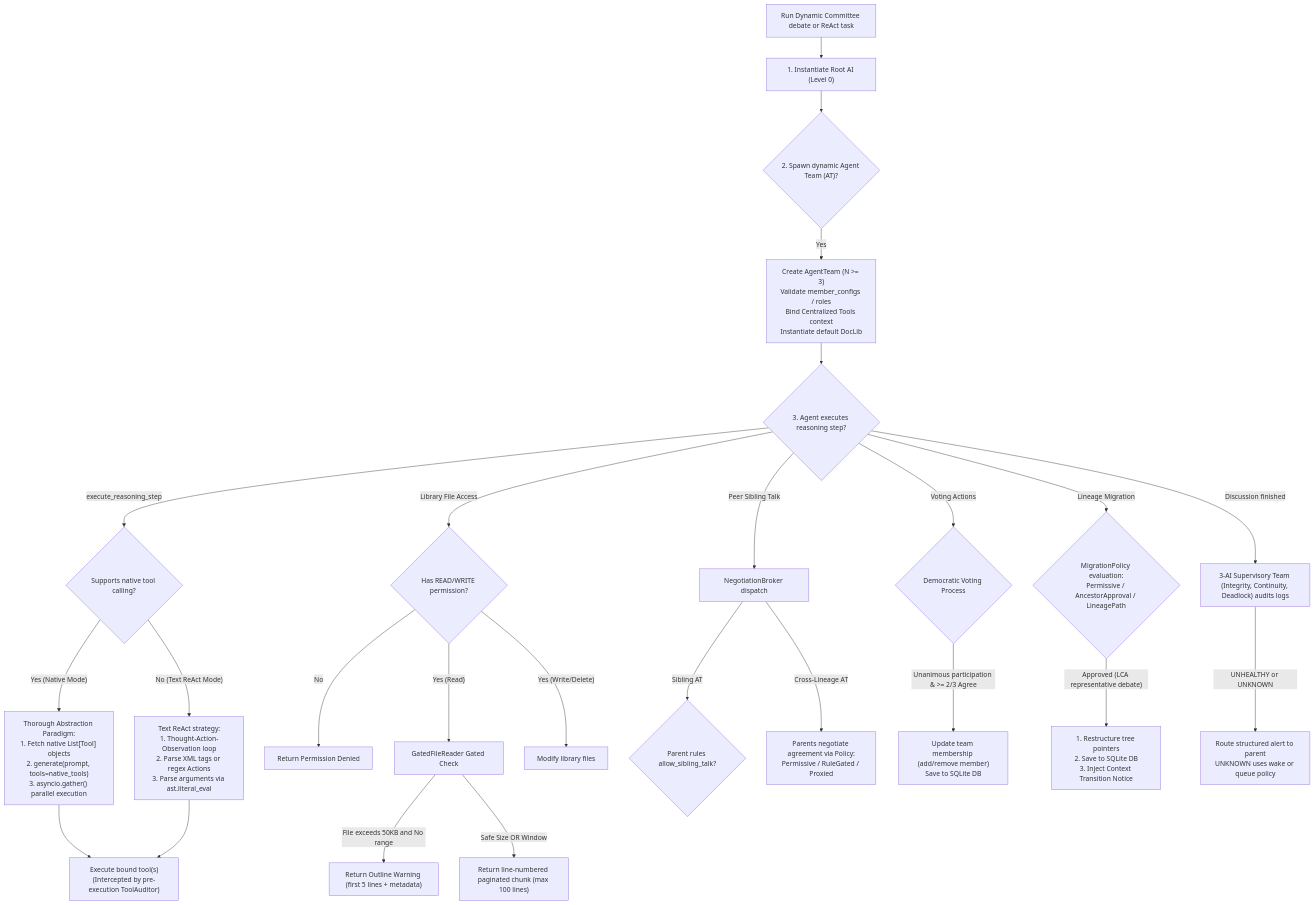
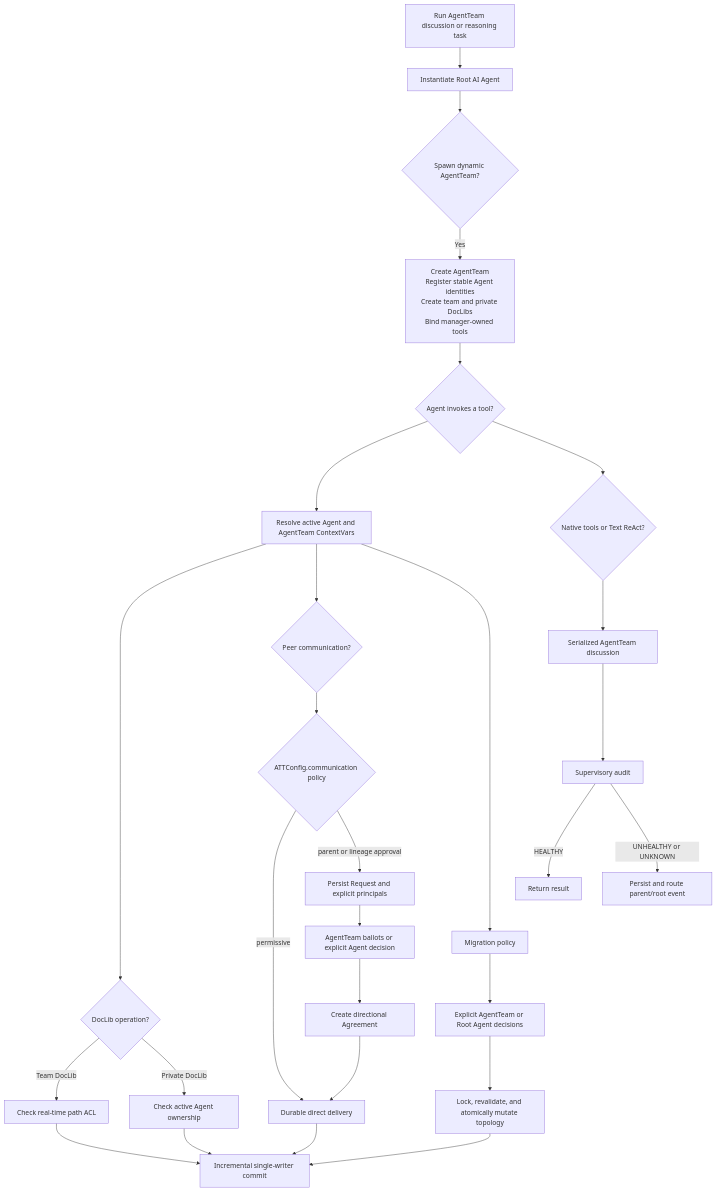
One commit to AI-Team-Team/AI-Team-Team changed the diagram in docs/flowcharts/README.md. Above: the diagram before and after it, drawn with Mermaid. The commit also changed other lines of this file and 32 other files, not shown here.

````diff
--- a/docs/flowcharts/README.md
+++ b/docs/flowcharts/README.md
@@ -23,38 +18,30 @@
 ```mermaid
 flowchart TD
-    Task["Run Dynamic Committee debate or ReAct task"] --> RootNode["1. Instantiate Root AI (Level 0)"]
-    
-    RootNode --> Spawning{"2. Spawn dynamic Agent Team (AT)?"}
-    Spawning -- "Yes" --> SpawningCheck["Create AgentTeam (N >= 3)\nValidate member_configs / roles\nBind Centralized Tools context\nInstantiate default DocLib"]
-    
-    SpawningCheck --> ToolCall{"3. Agent executes reasoning step?"}
-    
-    ToolCall -- "execute_reasoning_step" --> StrategyCheck{"Supports native tool calling?"}
-    
-    StrategyCheck -- "Yes (Native Mode)" --> NativeStrategy["Thorough Abstraction Paradigm:<br/>1. Fetch native List[Tool] objects<br/>2. generate(prompt, tools=native_tools)<br/>3. asyncio.gather() parallel execution"]
-    StrategyCheck -- "No (Text ReAct Mode)" --> TextReAct["Text ReAct strategy:<br/>1. Thought-Action-Observation loop<br/>2. Parse XML tags or regex Actions<br/>3. Parse arguments via ast.literal_eval"]
-    
-    NativeStrategy --> ExecTool["Execute bound tool(s)<br/>(Intercepted by pre-execution ToolAuditor)"]
-    TextReAct --> ExecTool
-    
-    ToolCall -- "Library File Access" --> DocLibPermission{"Has READ/WRITE permission?"}
-    DocLibPermission -- "No" --> Denied["Return Permission Denied"]
-    DocLibPermission -- "Yes (Read)" --> GatedFileReader["GatedFileReader Gated Check"]
-    DocLibPermission -- "Yes (Write/Delete)" --> ExecDoc["Modify library files"]
-    
-    GatedFileReader -- "File exceeds 50KB and No range" --> Outline["Return Outline Warning (first 5 lines + metadata)"]
-    GatedFileReader -- "Safe Size OR Window" --> Chunk["Return line-numbered paginated chunk (max 100 lines)"]
-    
-    ToolCall -- "Peer Sibling Talk" --> NegotiationBroker["NegotiationBroker dispatch"]
-    NegotiationBroker -- "Sibling AT" --> SiblingRule{"Parent rules allow_sibling_talk?"}
-    NegotiationBroker -- "Cross-Lineage AT" --> ParentNegotiate["Parents negotiate agreement via Policy:<br/>Permissive / RuleGated / Proxied"]
-    
-    ToolCall -- "Voting Actions" --> Voting{"Democratic Voting Process"}
-    Voting -- "Unanimous participation & >= 2/3 Agree" --> ExecVote["Update team membership (add/remove member)<br/>Save to SQLite DB"]
-    
-    ToolCall -- "Lineage Migration" --> MigrationCheck{"MigrationPolicy evaluation:<br/>Permissive / AncestorApproval / LineagePath"}
-    MigrationCheck -- "Approved (LCA representative debate)" --> MigrationExec["1. Restructure tree pointers<br/>2. Save to SQLite DB<br/>3. Inject Context Transition Notice"]
-    
-    ToolCall -- "Discussion finished" --> SupervisoryTeam["3-AI Supervisory Team (Integrity, Continuity, Deadlock) audits logs"]
-    SupervisoryTeam -- "UNHEALTHY or UNKNOWN" --> Escalate["Route structured alert to parent<br/>UNKNOWN uses wake or queue policy"]
+    Task["Run AgentTeam discussion or reasoning task"] --> Root["Instantiate Root AI Agent"]
+    Root --> Spawn{"Spawn dynamic AgentTeam?"}
+    Spawn -- "Yes" --> Identity["Create AgentTeam<br/>Register stable Agent identities<br/>Create team and private DocLibs<br/>Bind manager-owned tools"]
+    Identity --> ToolCall{"Agent invokes a tool?"}
+    ToolCall --> Context["Resolve active Agent and AgentTeam ContextVars"]
+    Context --> Files{"DocLib operation?"}
+    Files -- "Team DocLib" --> ACL["Check real-time path ACL"]
+    Files -- "Private DocLib" --> Owner["Check active Agent ownership"]
+    ACL --> Persist["Incremental single-writer commit"]
+    Owner --> Persist
+    Context --> Peer{"Peer communication?"}
+    Peer --> CommPolicy{"ATTConfig.communication policy"}
+    CommPolicy -- "permissive" --> Delivery["Durable direct delivery"]
+    CommPolicy -- "parent or lineage approval" --> Request["Persist Request and explicit principals"]
+    Request --> Decision["AgentTeam ballots or explicit Agent decision"]
+    Decision --> Agreement["Create directional Agreement"]
+    Agreement --> Delivery
+    Delivery --> Persist
+    Context --> Migration["Migration policy"]
+    Migration --> Governance["Explicit AgentTeam or Root Agent decisions"]
+    Governance --> Topology["Lock, revalidate, and atomically mutate topology"]
+    Topology --> Persist
+    ToolCall --> Strategy{"Native tools or Text ReAct?"}
+    Strategy --> Discussion["Serialized AgentTeam discussion"]
+    Discussion --> Audit["Supervisory audit"]
+    Audit -- "HEALTHY" --> Done["Return result"]
+    Audit -- "UNHEALTHY or UNKNOWN" --> Escalate["Persist and route parent/root event"]
 ```
````
